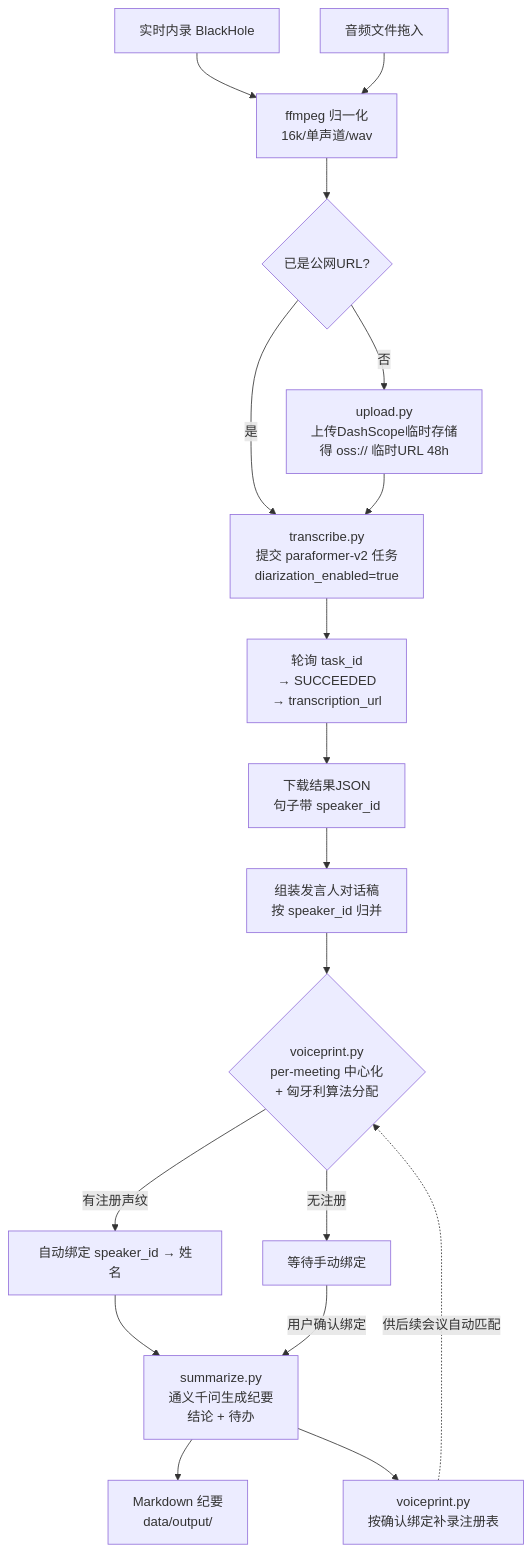
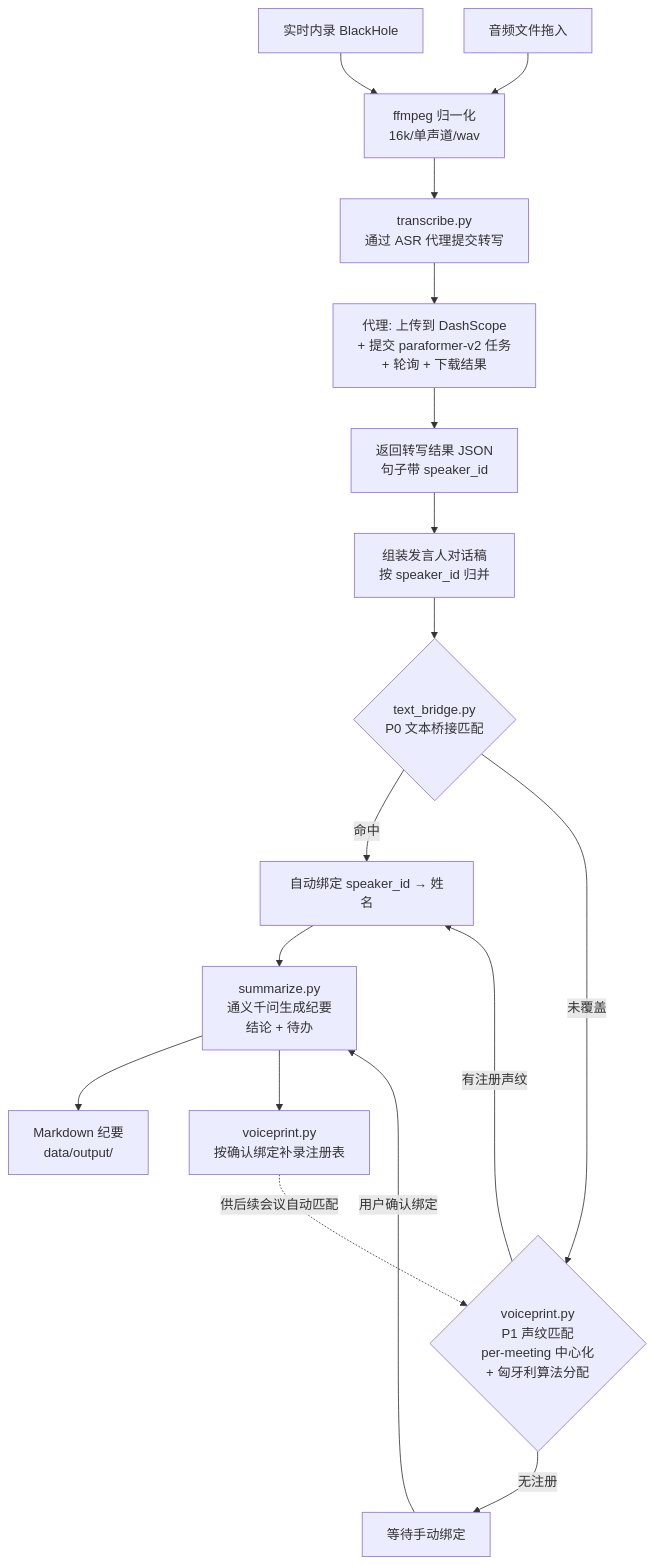
Before and after one commit to et6624611/open-meeting-scribe: the diagram in docs/ARCHITECTURE.md, drawn with Mermaid. The commit also changed other lines of this file and 170 other files, not shown here.

````diff
--- a/docs/ARCHITECTURE.md
+++ b/docs/ARCHITECTURE.md
@@ -33,20 +64,19 @@
 ```mermaid
 flowchart TD
     A1[实时内录 BlackHole] --> B[ffmpeg 归一化<br/>16k/单声道/wav]
     A2[音频文件拖入] --> B
-    B --> C{已是公网URL?}
-    C -- 否 --> D[upload.py<br/>上传DashScope临时存储<br/>得 oss:// 临时URL 48h]
-    C -- 是 --> E
-    D --> E[transcribe.py<br/>提交 paraformer-v2 任务<br/>diarization_enabled=true]
-    E --> F[轮询 task_id<br/>→ SUCCEEDED<br/>→ transcription_url]
-    F --> G[下载结果JSON<br/>句子带 speaker_id]
+    B --> E[transcribe.py<br/>通过 ASR 代理提交转写]
+    E --> E1[代理: 上传到 DashScope<br/>+ 提交 paraformer-v2 任务<br/>+ 轮询 + 下载结果]
+    E1 --> G[返回转写结果 JSON<br/>句子带 speaker_id]
     G --> H[组装发言人对话稿<br/>按 speaker_id 归并]
-    H --> H2{voiceprint.py<br/>per-meeting 中心化<br/>+ 匈牙利算法分配}
+    H --> H1{text_bridge.py<br/>P0 文本桥接匹配}
+    H1 -- 命中 --> H3
+    H1 -- 未覆盖 --> H2{voiceprint.py<br/>P1 声纹匹配<br/>per-meeting 中心化<br/>+ 匈牙利算法分配}
     H2 -- 有注册声纹 --> H3[自动绑定 speaker_id → 姓名]
     H2 -- 无注册 --> H4[等待手动绑定]
     H3 --> I[summarize.py<br/>通义千问生成纪要<br/>结论 + 待办]
     H4 -- 用户确认绑定 --> I
     I --> J[Markdown 纪要<br/>data/output/]
     I --> K[voiceprint.py<br/>按确认绑定补录注册表]
     K -. 供后续会议自动匹配 .-> H2
 ```
````
